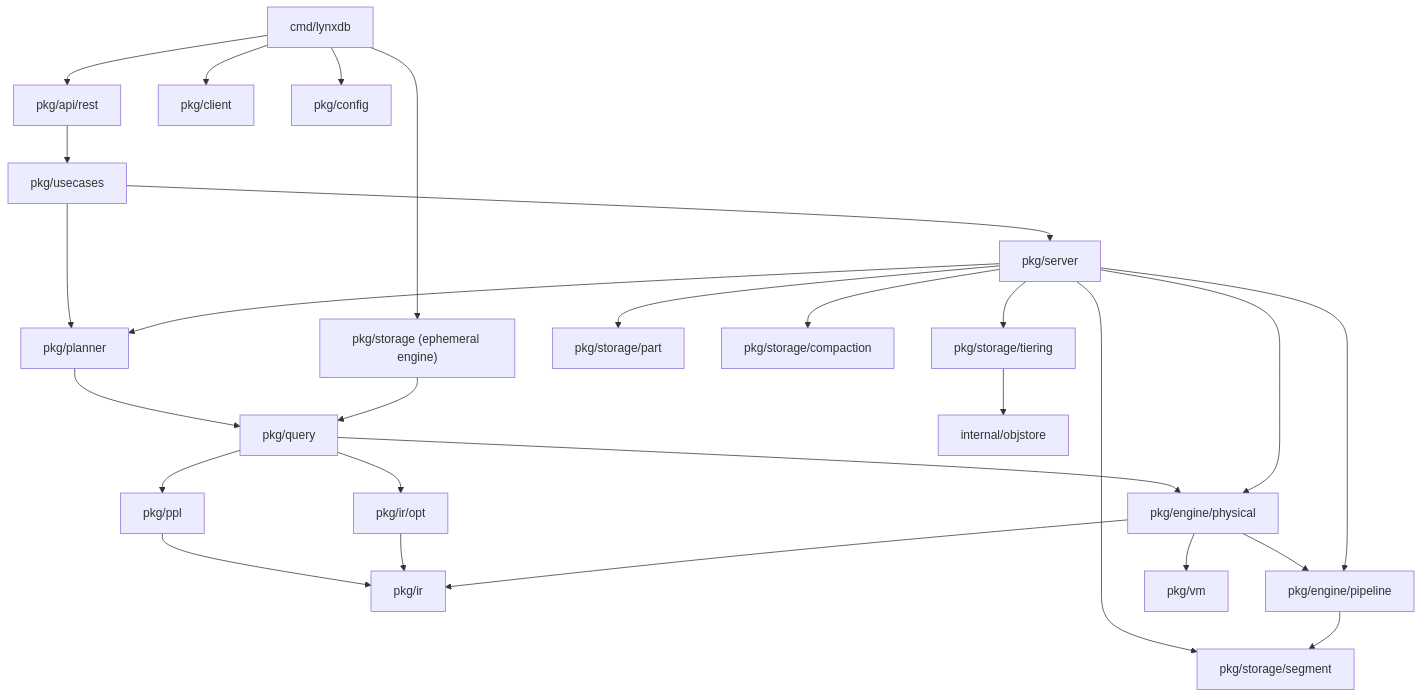
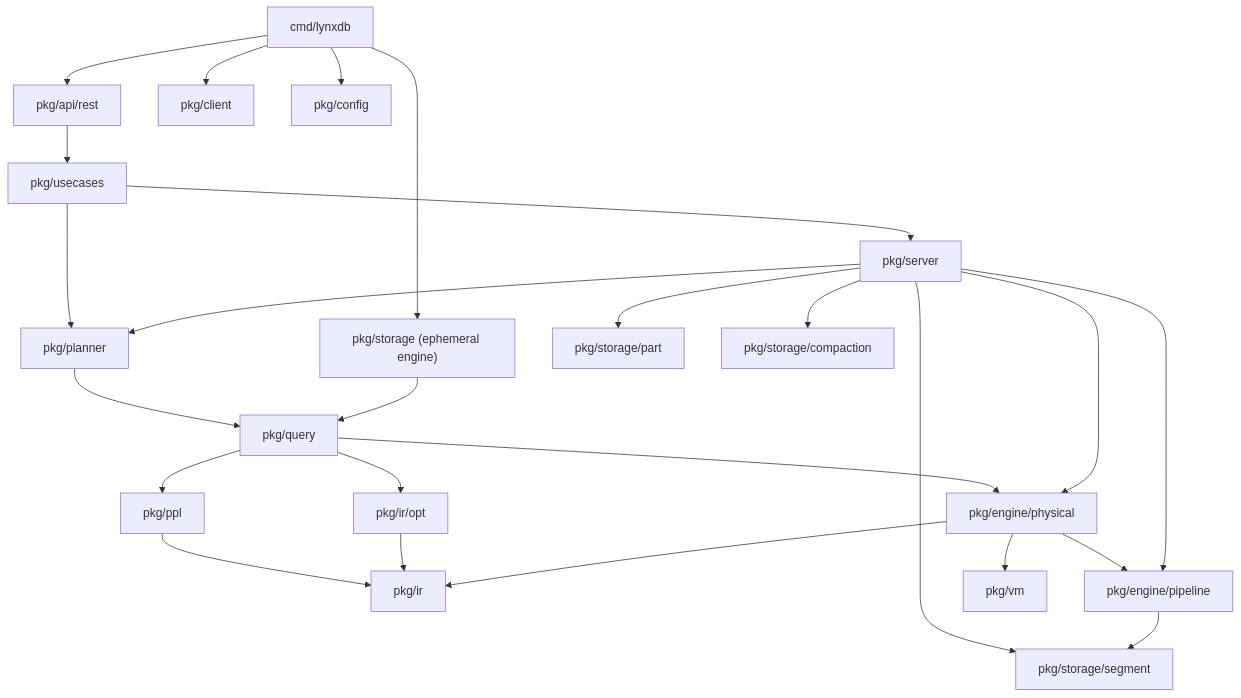
One commit to lynxbase/lynxdb changed the diagram in docs/site/docs/contributing/project-structure.md. Above: the diagram before and after it, drawn with Mermaid. The commit also changed other lines of this file and 79 other files, not shown here.

````diff
--- a/docs/site/docs/contributing/project-structure.md
+++ b/docs/site/docs/contributing/project-structure.md
@@ -206,32 +203,30 @@
 ```mermaid
 flowchart TD
     CMD["cmd/lynxdb"] --> API["pkg/api/rest"]
     CMD --> CLIENT["pkg/client"]
     CMD --> STORAGE["pkg/storage (ephemeral engine)"]
     CMD --> CONFIG["pkg/config"]
 
     API --> USECASES["pkg/usecases"]
     USECASES --> SERVER["pkg/server"]
     USECASES --> PLANNER["pkg/planner"]
 
     PLANNER --> QUERY["pkg/query"]
     STORAGE --> QUERY
     QUERY --> PPL["pkg/ppl"]
     QUERY --> OPT["pkg/ir/opt"]
     QUERY --> PHYSICAL["pkg/engine/physical"]
     PPL --> IR["pkg/ir"]
     OPT --> IR
     PHYSICAL --> IR
     PHYSICAL --> PIPELINE["pkg/engine/pipeline"]
     PHYSICAL --> VM["pkg/vm"]
 
     SERVER --> PLANNER
     SERVER --> PHYSICAL
     SERVER --> PIPELINE
     SERVER --> PART["pkg/storage/part"]
     SERVER --> SEGMENT["pkg/storage/segment"]
     SERVER --> COMPACTION["pkg/storage/compaction"]
-    SERVER --> TIERING["pkg/storage/tiering"]
     PIPELINE --> SEGMENT
-    TIERING --> OBJSTORE["internal/objstore"]
 ```
````
